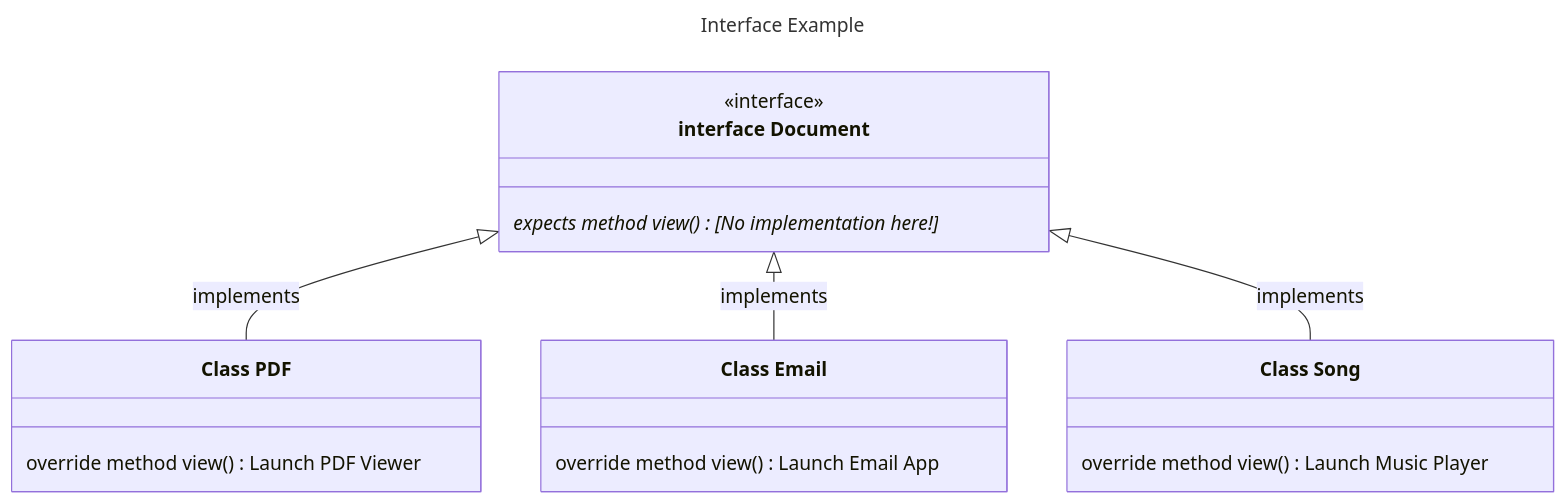
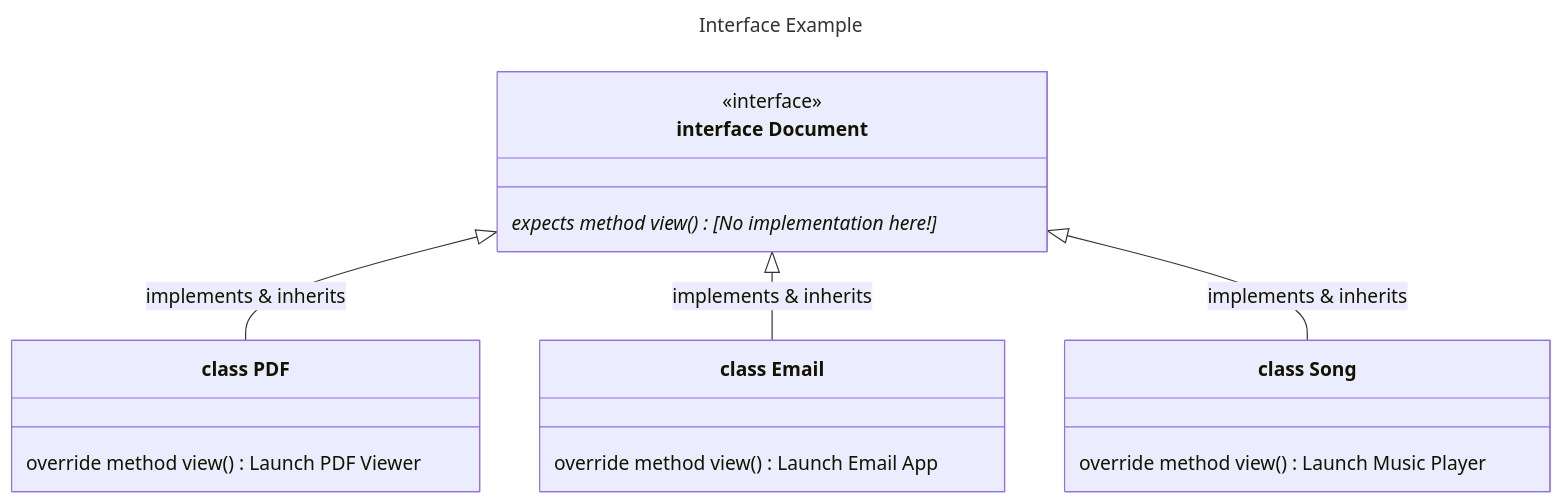
The second of 6 diagrams in 09-ClassOrientedProgramming.md (realityexpander/How_to_program_from_ground_up), drawn with Mermaid before and after one commit.

Commit message:
improve COP

````diff
--- a/09-ClassOrientedProgramming.md
+++ b/09-ClassOrientedProgramming.md
@@ -320,25 +320,25 @@
     ```mermaid
     ---
     title: Interface Example
     ---
     classDiagram
     direction TB 
-    Document <|-- PDF : implements
-    Document <|-- Email : implements
-    Document <|-- Song : implements
+    Document <|-- PDF : implements & inherits
+    Document <|-- Email : implements & inherits
+    Document <|-- Song : implements & inherits
      
     class Document["interface Document"] { 
        expects method view()* [No implementation here!]
     }
     <<interface>> Document
-    class PDF["Class PDF"] { 
+    class PDF["class PDF"] { 
         override method view() Launch PDF Viewer 
     }
-    class Email["Class Email"] {
+    class Email["class Email"] {
         override method view() Launch Email App
     }
-    class Song["Class Song"] {
+    class Song["class Song"] {
         override method view() Launch Music Player
     }
     
     ```
````
